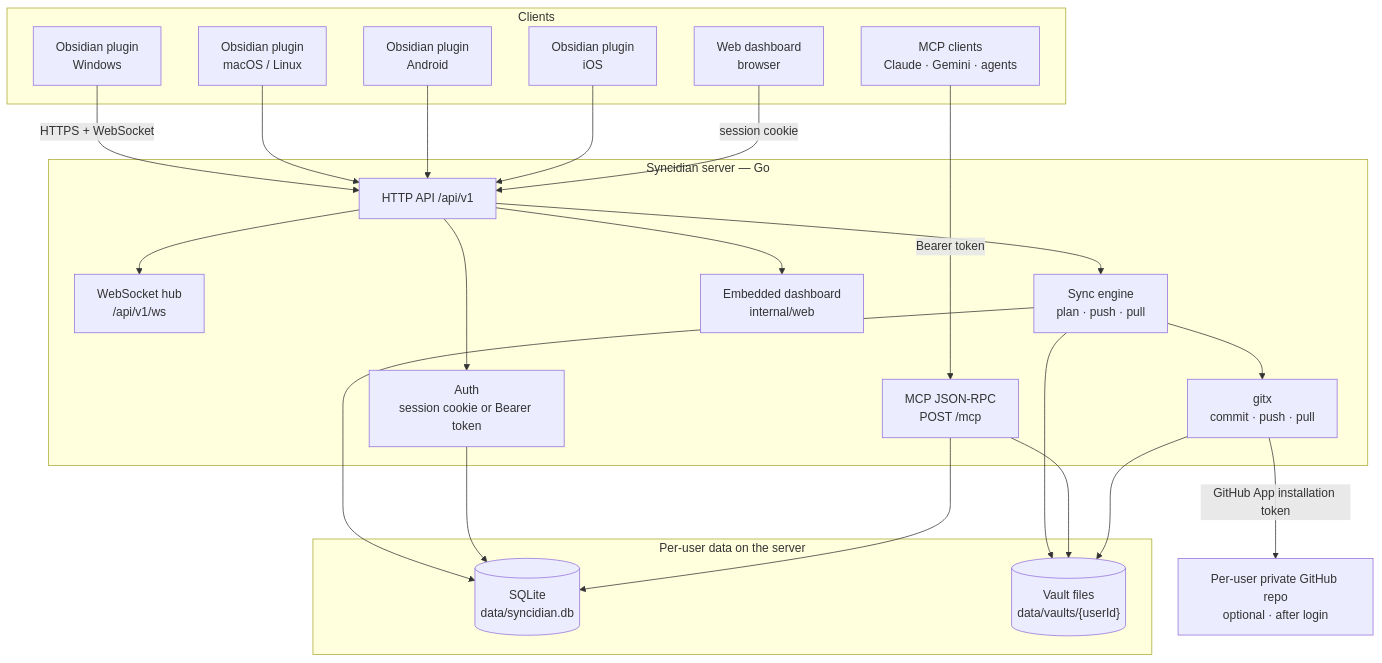
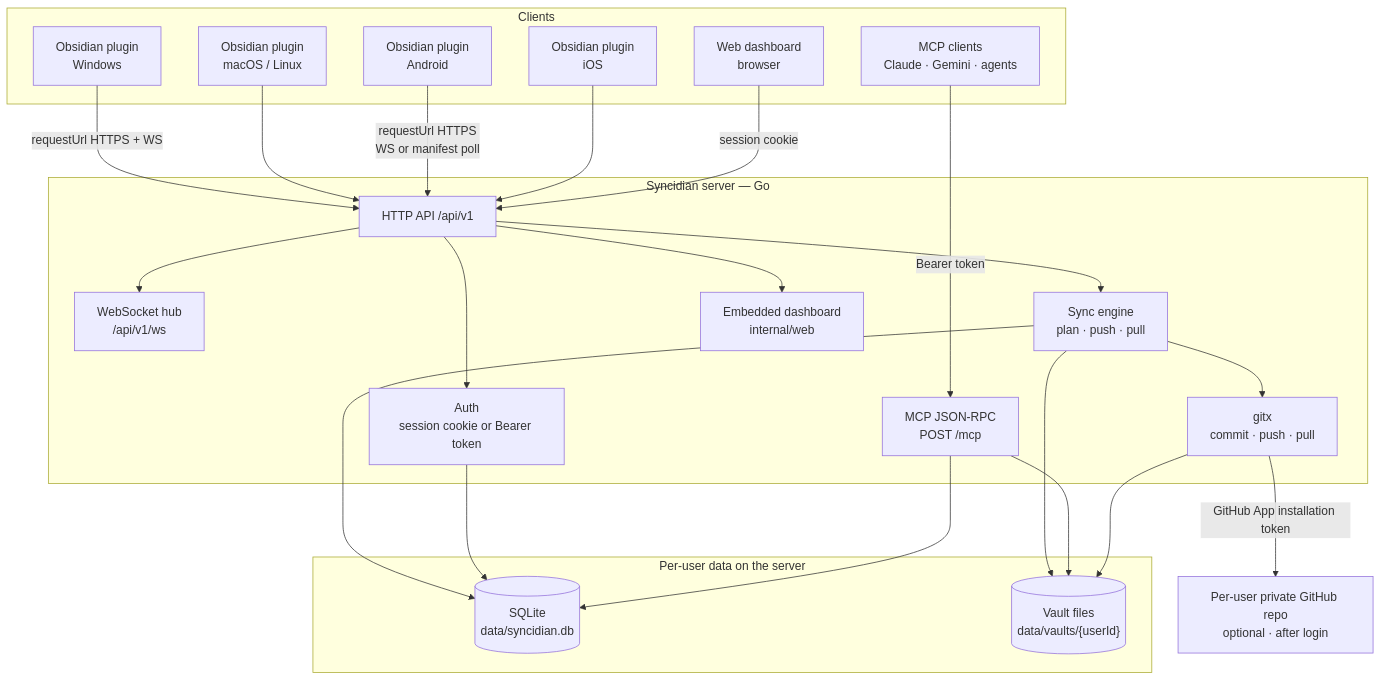
Before and after one commit to shangeethsivan/Syncidian: the first of 13 diagrams in docs/architecture.md, drawn with Mermaid. The commit also changed other lines of this file and 2 other files, not shown here.

First line of the commit message:
Update architecture diagrams for mobile plugin transport

````diff
--- a/docs/architecture.md
+++ b/docs/architecture.md
@@ -13,48 +13,48 @@
 ```mermaid
 flowchart TB
   subgraph clients [Clients]
     Win["Obsidian plugin<br/>Windows"]
     Mac["Obsidian plugin<br/>macOS / Linux"]
     And["Obsidian plugin<br/>Android"]
     iOS["Obsidian plugin<br/>iOS"]
     Dash["Web dashboard<br/>browser"]
     AI["MCP clients<br/>Claude · Gemini · agents"]
   end
 
   subgraph server [Syncidian server — Go]
     API["HTTP API /api/v1"]
     WS["WebSocket hub<br/>/api/v1/ws"]
     Sync["Sync engine<br/>plan · push · pull"]
     Auth["Auth<br/>session cookie or Bearer token"]
     MCP["MCP JSON-RPC<br/>POST /mcp"]
     Git["gitx<br/>commit · push · pull"]
     Web["Embedded dashboard<br/>internal/web"]
   end
 
   subgraph data [Per-user data on the server]
     SQLite[("SQLite<br/>data/syncidian.db")]
     Vault[("Vault files<br/>data/vaults/{userId}")]
   end
 
   GH["Per-user private GitHub repo<br/>optional · after login"]
 
-  Win -->|"HTTPS + WebSocket"| API
+  Win -->|"requestUrl HTTPS + WS"| API
   Mac --> API
-  And --> API
+  And -->|"requestUrl HTTPS<br/>WS or manifest poll"| API
   iOS --> API
   Dash -->|"session cookie"| API
   AI -->|"Bearer token"| MCP
 
   API --> Auth
   API --> Sync
   API --> WS
   API --> Web
   Sync --> Vault
   Sync --> SQLite
   Auth --> SQLite
   MCP --> Vault
   MCP --> SQLite
   Sync --> Git
   Git --> Vault
   Git -->|"GitHub App installation token"| GH
 ```
````
